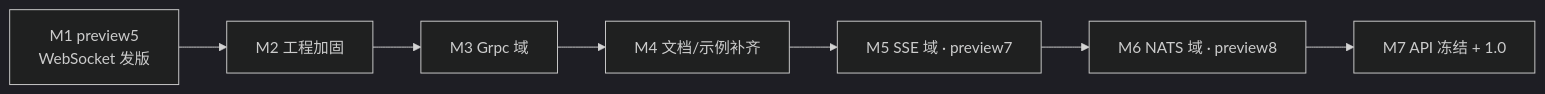
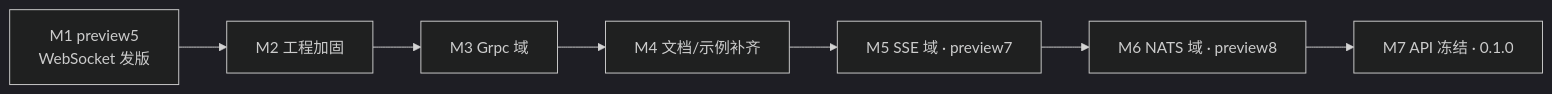
One commit to Skymly/Observables changed the diagram in docs/ROADMAP.md. Above: the diagram before and after it, drawn with Mermaid (dark theme). The commit also changed other lines of this file and 23 other files, not shown here.

````diff
--- a/docs/ROADMAP.md
+++ b/docs/ROADMAP.md
@@ -48,9 +48,9 @@
 ```mermaid
 graph LR
     M1[M1 preview5<br/>WebSocket 发版] --> M2[M2 工程加固]
     M2 --> M3[M3 Grpc 域]
     M3 --> M4[M4 文档/示例补齐]
     M4 --> M5[M5 SSE 域 · preview7]
     M5 --> M6[M6 NATS 域 · preview8]
-    M6 --> M7[M7 API 冻结 + 1.0]
+    M6 --> M7[M7 API 冻结 · 0.1.0]
 ```
````
